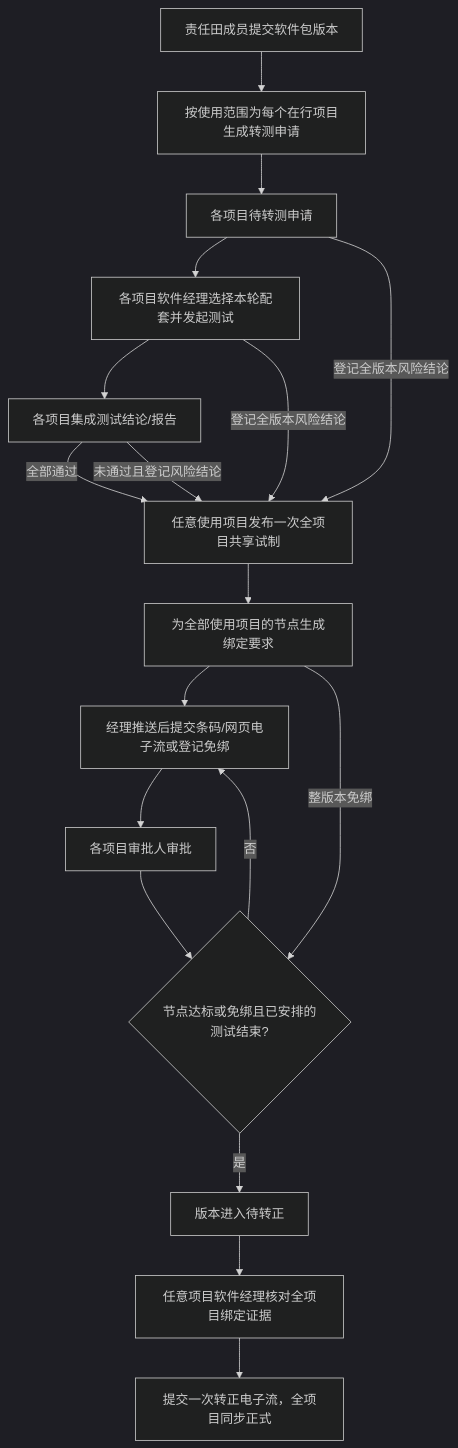
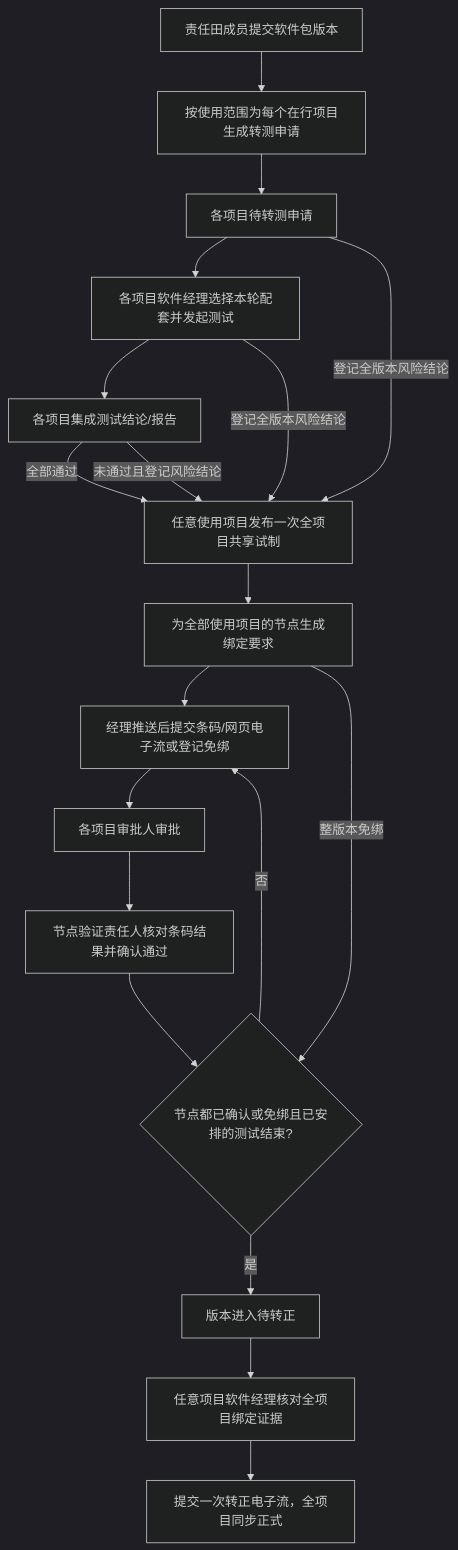
The first of 3 diagrams in docs/业务逻辑与联动关系.md (920171519/toolkit), drawn with Mermaid (dark theme) before and after one commit. The commit also changed other lines of this file and 14 other files, not shown here.

````diff
--- a/docs/业务逻辑与联动关系.md
+++ b/docs/业务逻辑与联动关系.md
@@ -27,20 +27,21 @@
 ```mermaid
 flowchart TD
   A[责任田成员提交软件包版本] --> B[按使用范围为每个在行项目生成转测申请]
   B --> C[各项目待转测申请]
   C --> D[各项目软件经理选择本轮配套并发起测试]
   D --> E[各项目集成测试结论/报告]
   E -->|全部通过| G[任意使用项目发布一次全项目共享试制]
   C -->|登记全版本风险结论| G
   D -->|登记全版本风险结论| G
   E -->|未通过且登记风险结论| G
   G --> H[为全部使用项目的节点生成绑定要求]
   H --> I[经理推送后提交条码/网页电子流或登记免绑]
   I --> J[各项目审批人审批]
-  J --> K{节点达标或免绑且已安排的测试结束?}
+  J --> V[节点验证责任人核对条码结果并确认通过]
+  V --> K{节点都已确认或免绑且已安排的测试结束?}
   H -->|整版本免绑| K
   K -->|否| I
   K -->|是| L[版本进入待转正]
   L --> M[任意项目软件经理核对全项目绑定证据]
   M --> N[提交一次转正电子流，全项目同步正式]
 ```
````
